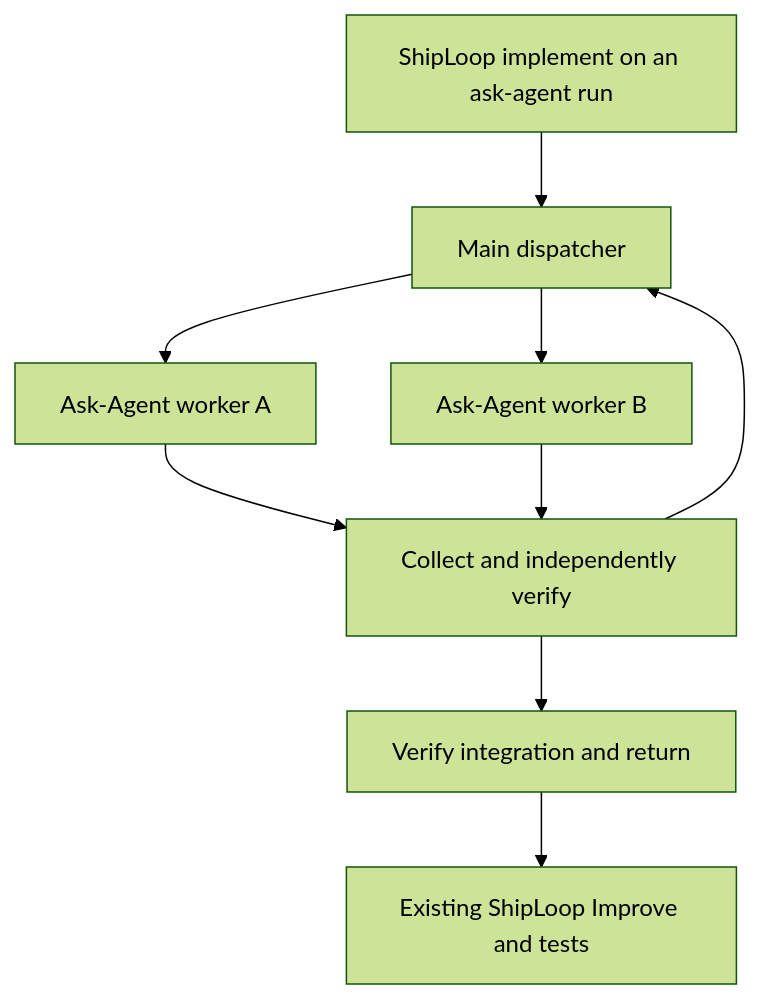
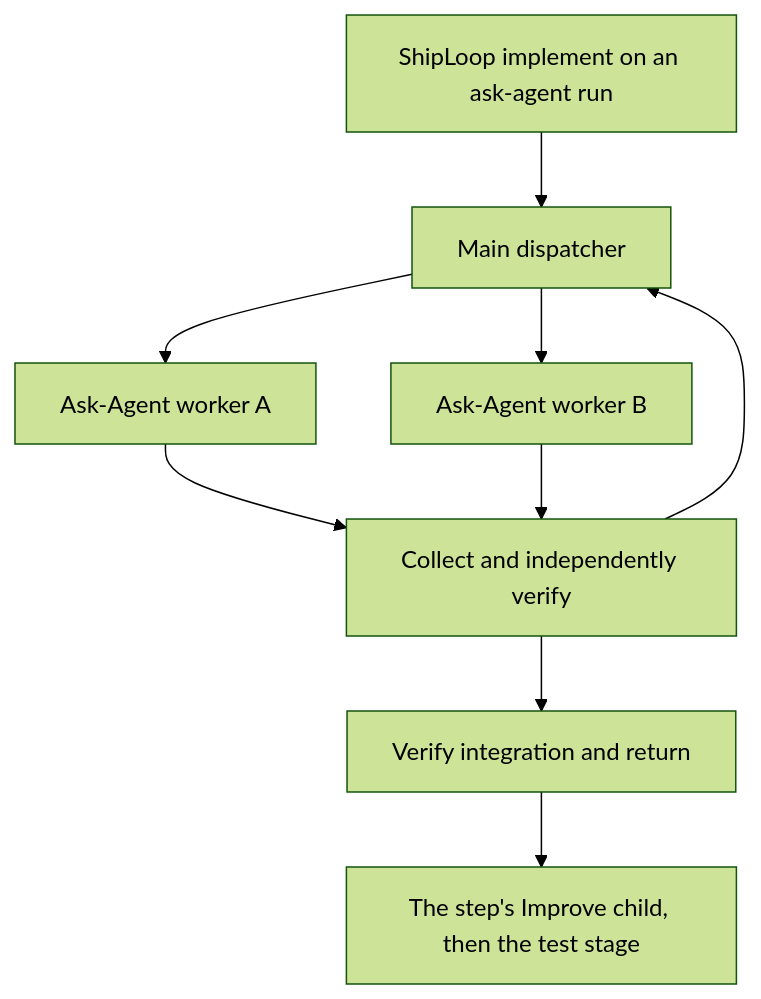
Before and after one commit to whichguy/skill-craft: the diagram in skills/shiploop/references/parallel-chain.md, drawn with Mermaid (forest theme). The commit also changed 80 other files, not shown here.

````diff
--- a/skills/shiploop/references/parallel-chain.md
+++ b/skills/shiploop/references/parallel-chain.md
@@ -25,11 +25,11 @@
 ```mermaid
 flowchart TD
     S[ShipLoop implement on an ask-agent run] --> D[Main dispatcher]
     D --> A[Ask-Agent worker A]
     D --> B[Ask-Agent worker B]
     A --> V[Collect and independently verify]
     B --> V
     V --> D
     V --> J[Verify integration and return]
-    J --> I[Existing ShipLoop Improve and tests]
+    J --> I[The step's Improve child, then the test stage]
 ```
````
